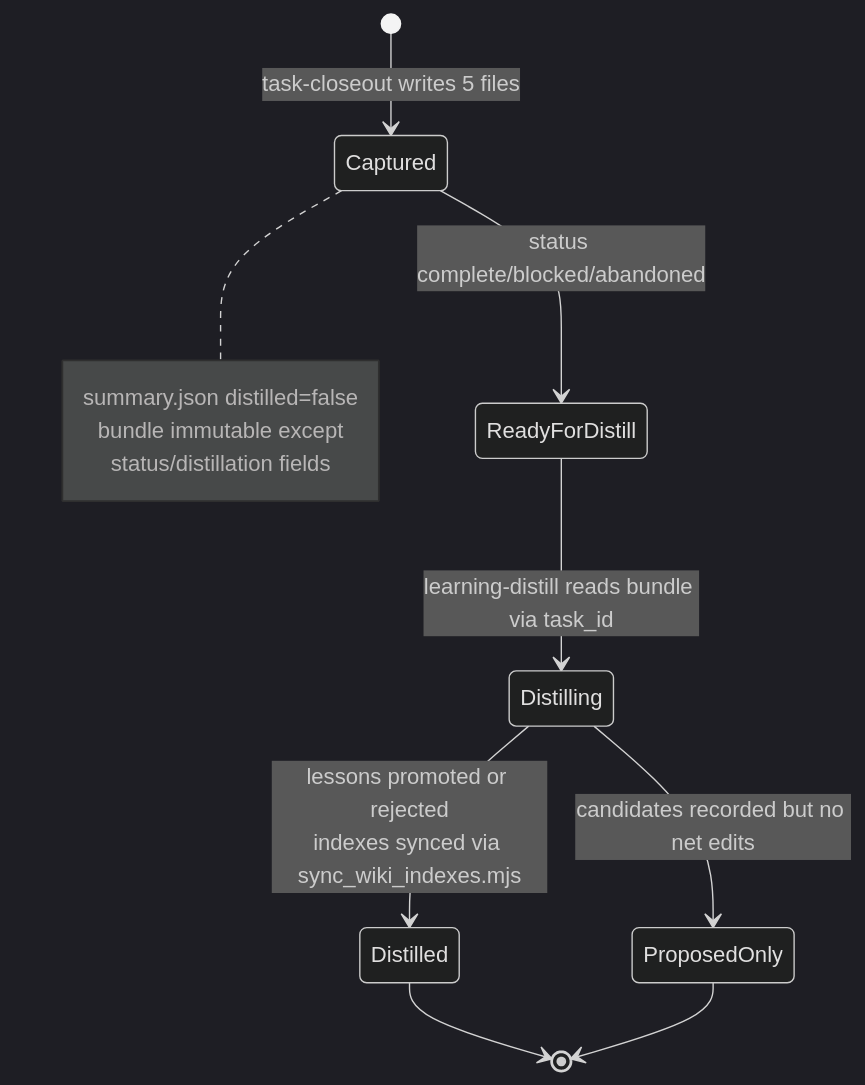
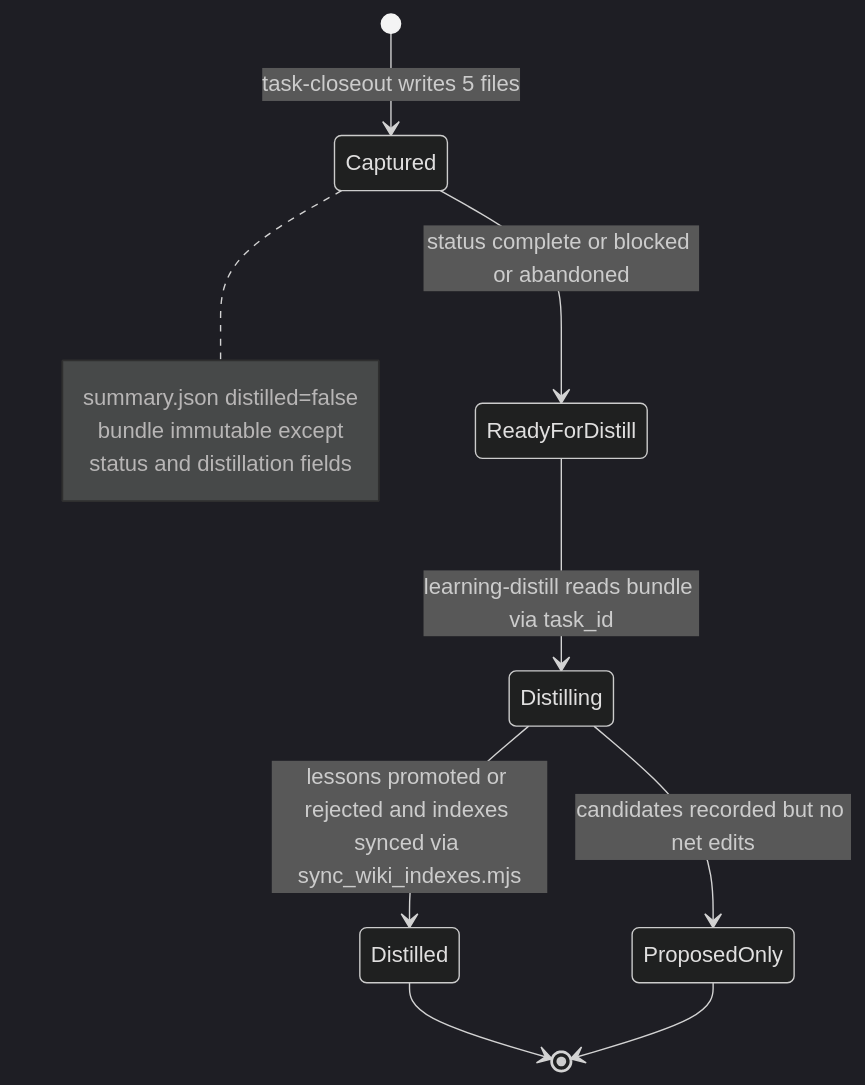
Before and after one commit to Hypercubed/Agent-Knowledge-Starter-Kit: the first of 2 diagrams in openwiki/architecture/task-lifecycle.md, drawn with Mermaid (dark theme). The commit also changed other lines of this file and 175 other files, not shown here.

````diff
--- a/openwiki/architecture/task-lifecycle.md
+++ b/openwiki/architecture/task-lifecycle.md
@@ -98,15 +112,15 @@
 ```mermaid
 stateDiagram-v2
     [*] --> Captured: task-closeout writes 5 files
-    Captured --> ReadyForDistill: status complete/blocked/abandoned
+    Captured --> ReadyForDistill: status complete or blocked or abandoned
     ReadyForDistill --> Distilling: learning-distill reads bundle via task_id
-    Distilling --> Distilled: lessons promoted or rejected<br/>indexes synced via sync_wiki_indexes.mjs
+    Distilling --> Distilled: lessons promoted or rejected and indexes synced via sync_wiki_indexes.mjs
     Distilling --> ProposedOnly: candidates recorded but no net edits
     Distilled --> [*]
     ProposedOnly --> [*]
     note right of Captured
         summary.json distilled=false
         bundle immutable except
-        status/distillation fields
+        status and distillation fields
     end note
 ```
````
